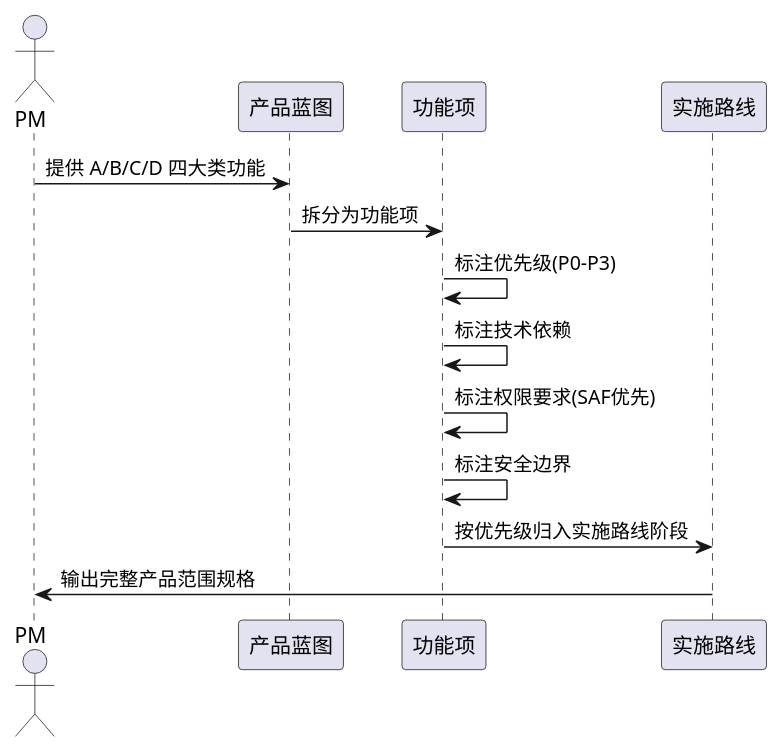
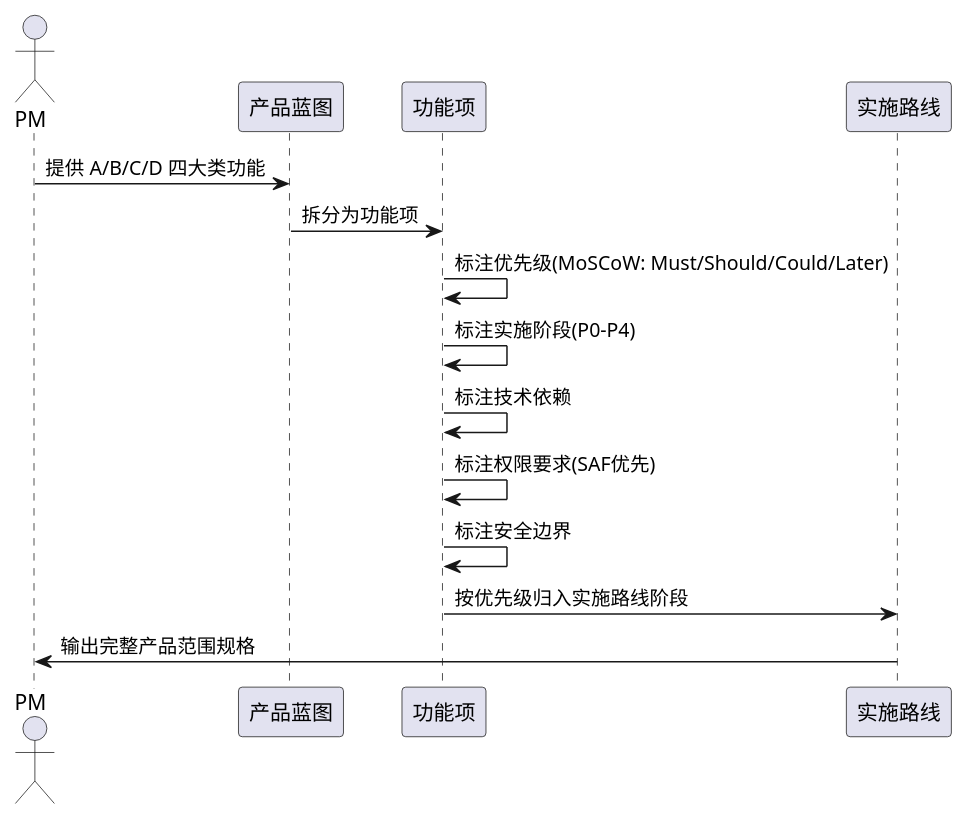
The second of 8 diagrams in docs/product_scope/PAD2-PRODUCT-SCOPE-001.md (wujupeng/andriodpad2), drawn with PlantUML before and after one commit. The commit also changed other lines of this file, not shown here.

````diff
--- a/docs/product_scope/PAD2-PRODUCT-SCOPE-001.md
+++ b/docs/product_scope/PAD2-PRODUCT-SCOPE-001.md
@@ -392,18 +426,19 @@
 ```plantuml
 @startuml
 actor "PM" as PM
 participant "产品蓝图" as Blueprint
 participant "功能项" as Feature
 participant "实施路线" as Roadmap
 
 PM -> Blueprint : 提供 A/B/C/D 四大类功能
 Blueprint -> Feature : 拆分为功能项
-Feature -> Feature : 标注优先级(P0-P3)
+Feature -> Feature : 标注优先级(MoSCoW: Must/Should/Could/Later)
+Feature -> Feature : 标注实施阶段(P0-P4)
 Feature -> Feature : 标注技术依赖
 Feature -> Feature : 标注权限要求(SAF优先)
 Feature -> Feature : 标注安全边界
 Feature -> Roadmap : 按优先级归入实施路线阶段
 Roadmap -> PM : 输出完整产品范围规格
 
 @enduml
 ```
````
